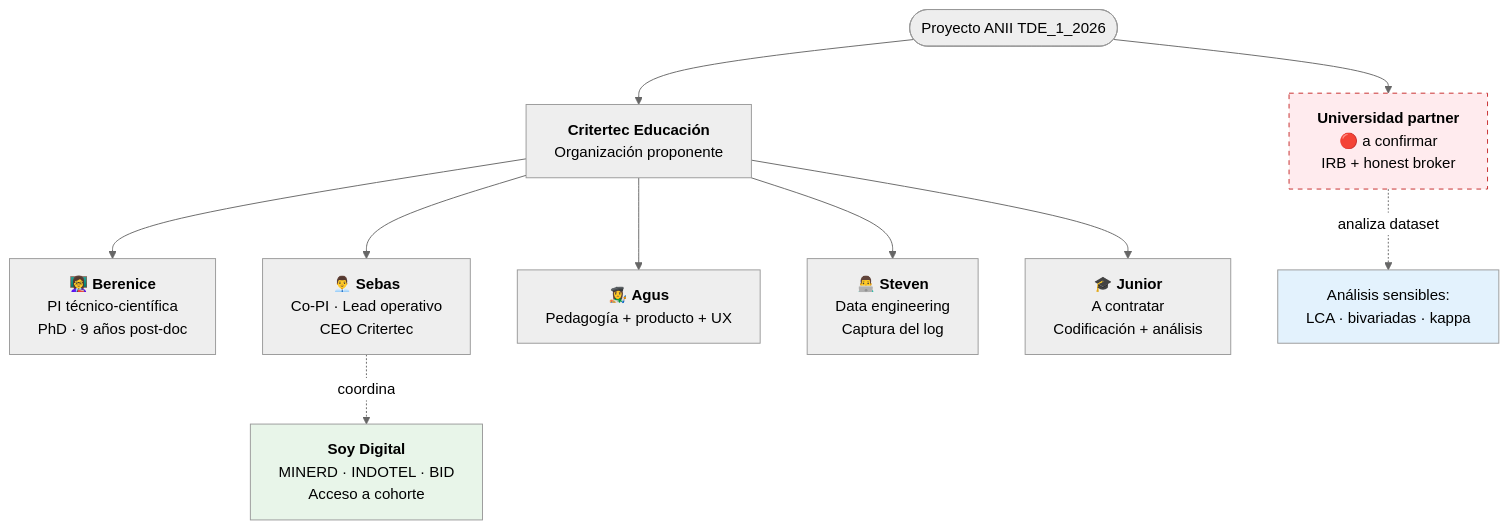
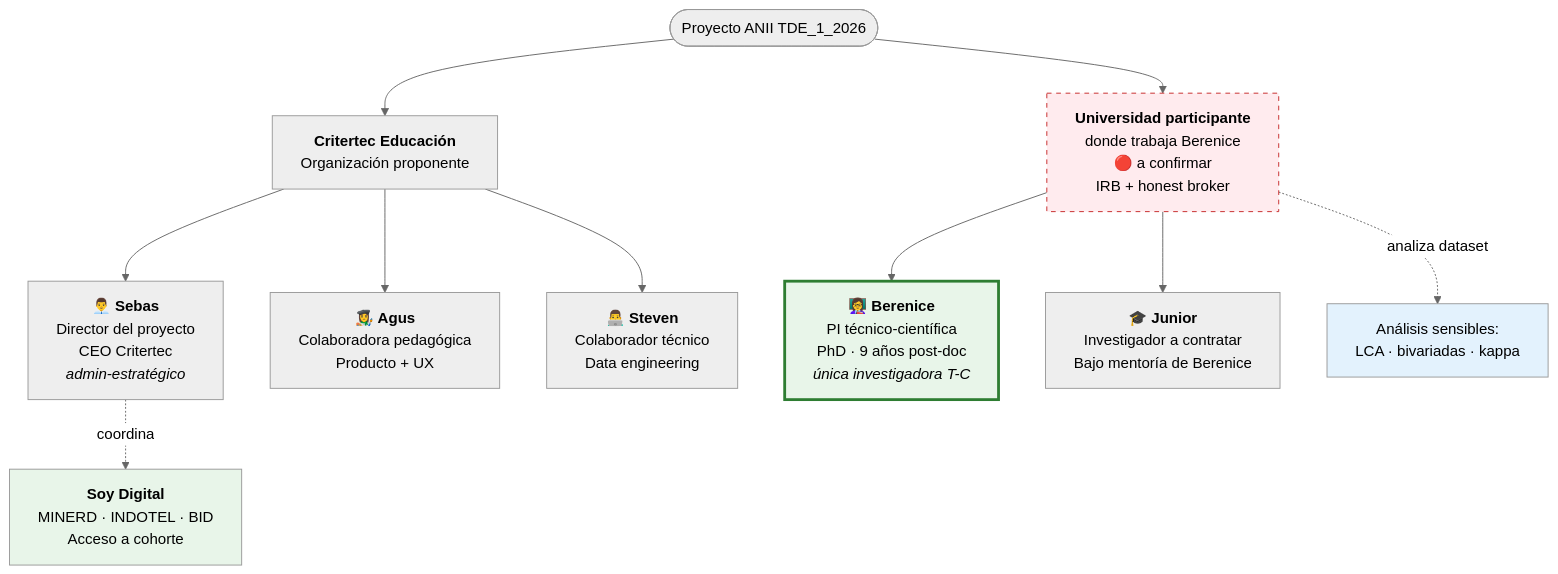
The diagram in docs/el-equipo/roles.md (Smorenocruz90/anii-tde-2026), drawn with Mermaid (neutral theme) before and after one commit. The commit also changed other lines of this file and 18 other files, not shown here.

````diff
--- a/docs/el-equipo/roles.md
+++ b/docs/el-equipo/roles.md
@@ -5,21 +8,24 @@
 ```mermaid
 graph TD
     PROJ([Proyecto ANII TDE_1_2026])
 
     PROJ --> CRT[<b>Critertec Educación</b><br/>Organización proponente]
-    PROJ --> UNI[<b>Universidad partner</b><br/>🔴 a confirmar<br/>IRB + honest broker]
+    PROJ --> UNI[<b>Universidad participante</b><br/>donde trabaja Berenice<br/>🔴 a confirmar<br/>IRB + honest broker]
 
-    CRT --> BER[👩‍🏫 <b>Berenice</b><br/>PI técnico-científica<br/>PhD · 9 años post-doc]
-    CRT --> SEB[👨‍💼 <b>Sebas</b><br/>Co-PI · Lead operativo<br/>CEO Critertec]
-    CRT --> AGU[👩‍🎨 <b>Agus</b><br/>Pedagogía + producto + UX]
-    CRT --> STE[👨‍💻 <b>Steven</b><br/>Data engineering<br/>Captura del log]
-    CRT --> JR[🎓 <b>Junior</b><br/>A contratar<br/>Codificación + análisis]
+    UNI --> BER[👩‍🏫 <b>Berenice</b><br/>PI técnico-científica<br/>PhD · 9 años post-doc<br/><i>única investigadora T-C</i>]
+
+    CRT --> SEB[👨‍💼 <b>Sebas</b><br/>Director del proyecto<br/>CEO Critertec<br/><i>admin-estratégico</i>]
+    CRT --> AGU[👩‍🎨 <b>Agus</b><br/>Colaboradora pedagógica<br/>Producto + UX]
+    CRT --> STE[👨‍💻 <b>Steven</b><br/>Colaborador técnico<br/>Data engineering]
+
+    UNI --> JR[🎓 <b>Junior</b><br/>Investigador a contratar<br/>Bajo mentoría de Berenice]
 
     SEB -.coordina.-> SOY[<b>Soy Digital</b><br/>MINERD · INDOTEL · BID<br/>Acceso a cohorte]
 
     UNI -.analiza dataset.-> ANAL[Análisis sensibles:<br/>LCA · bivariadas · kappa]
 
     style UNI fill:#ffebee,stroke:#c62828,stroke-dasharray: 5 5
+    style BER fill:#e8f5e9,stroke:#2e7d32,stroke-width:3px
     style SOY fill:#e8f5e9
     style ANAL fill:#e3f2fd
 ```
````
